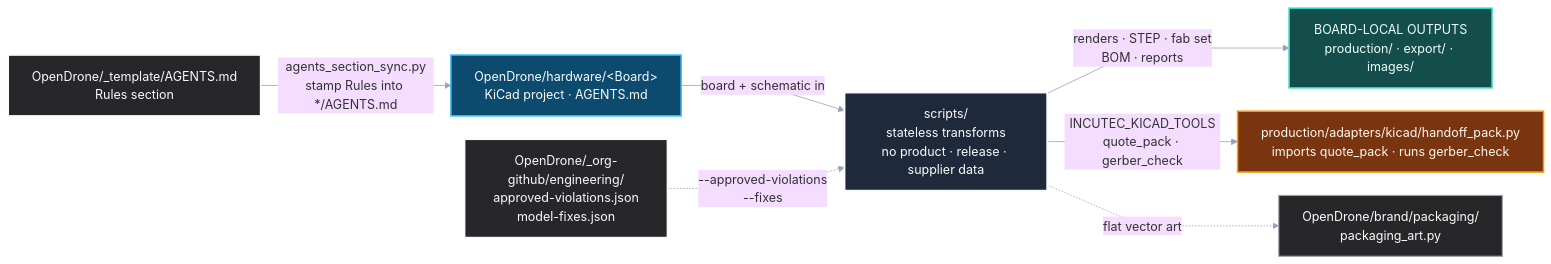
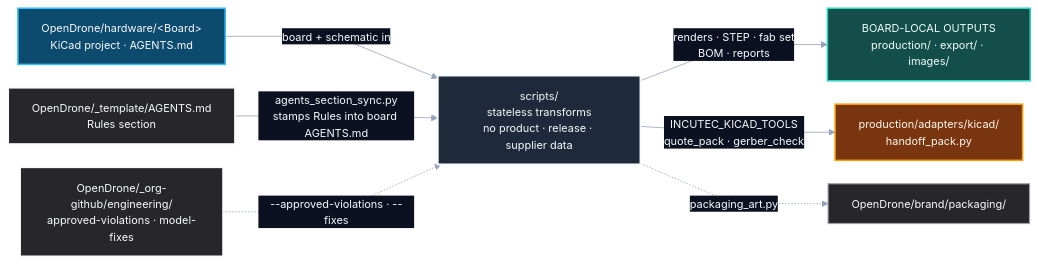
Before and after one commit to incutec-org/hardware-tooling: the first of 7 diagrams in OVERVIEW.md, drawn with Mermaid. The commit also changed other lines of this file, not shown here.

````diff
--- a/OVERVIEW.md
+++ b/OVERVIEW.md
@@ -5,32 +5,32 @@
 ```mermaid
-%%{init: {"theme": "base", "themeVariables": {"background": "#0b1120", "lineColor": "#94a3b8", "fontFamily": "Inter, ui-sans-serif, system-ui"}, "flowchart": {"curve": "linear", "nodeSpacing": 30, "rankSpacing": 44}}}%%
+%%{init: {"theme": "base", "themeVariables": {"background": "#0b1120", "lineColor": "#94a3b8", "primaryTextColor": "#f8fafc", "edgeLabelBackground": "#0b1120", "fontSize": "14px"}, "flowchart": {"curve": "linear", "nodeSpacing": 30, "rankSpacing": 60}}}%%
 flowchart LR
     HW["OpenDrone/hardware/&lt;Board&gt;<br/>KiCad project · AGENTS.md"]
     TPL["OpenDrone/_template/AGENTS.md<br/>Rules section"]
-    ORG["OpenDrone/_org-github/engineering/<br/>approved-violations.json<br/>model-fixes.json"]
+    ORG["OpenDrone/_org-github/engineering/<br/>approved-violations · model-fixes"]
     SCR["scripts/<br/>stateless transforms<br/>no product · release · supplier data"]
-    PROD["production/adapters/kicad/handoff_pack.py<br/>imports quote_pack · runs gerber_check"]
-    BRAND["OpenDrone/brand/packaging/<br/>packaging_art.py"]
+    PROD["production/adapters/kicad/<br/>handoff_pack.py"]
+    BRAND["OpenDrone/brand/packaging/"]
     OUT["BOARD-LOCAL OUTPUTS<br/>production/ · export/ · images/"]
 
     HW -->|"board + schematic in"| SCR
-    TPL -->|"agents_section_sync.py<br/>stamp Rules into */AGENTS.md"| HW
-    ORG -.->|"--approved-violations<br/>--fixes"| SCR
+    TPL -->|"agents_section_sync.py<br/>stamps Rules into board AGENTS.md"| SCR
+    ORG -.->|"--approved-violations · --fixes"| SCR
     SCR -->|"renders · STEP · fab set<br/>BOM · reports"| OUT
     SCR -->|"INCUTEC_KICAD_TOOLS<br/>quote_pack · gerber_check"| PROD
-    SCR -.->|"flat vector art"| BRAND
+    SCR -.->|"packaging_art.py"| BRAND
 
     classDef design fill:#0c4a6e,stroke:#38bdf8,color:#f8fafc,stroke-width:2px;
     classDef policy fill:#27272a,stroke:#f8fafc,color:#f8fafc,stroke-width:2px;
     classDef tool fill:#1e293b,stroke:#f8fafc,color:#f8fafc,stroke-width:2.5px;
     classDef production fill:#78350f,stroke:#f59e0b,color:#fff7ed,stroke-width:2px;
     classDef out fill:#134e4a,stroke:#2dd4bf,color:#f0fdfa,stroke-width:2px;
     classDef brand fill:#27272a,stroke:#a1a1aa,color:#fafafa,stroke-width:1.5px;
 
     class HW design;
     class TPL,ORG policy;
     class SCR tool;
     class PROD production;
     class OUT out;
     class BRAND brand;
 ```
````
